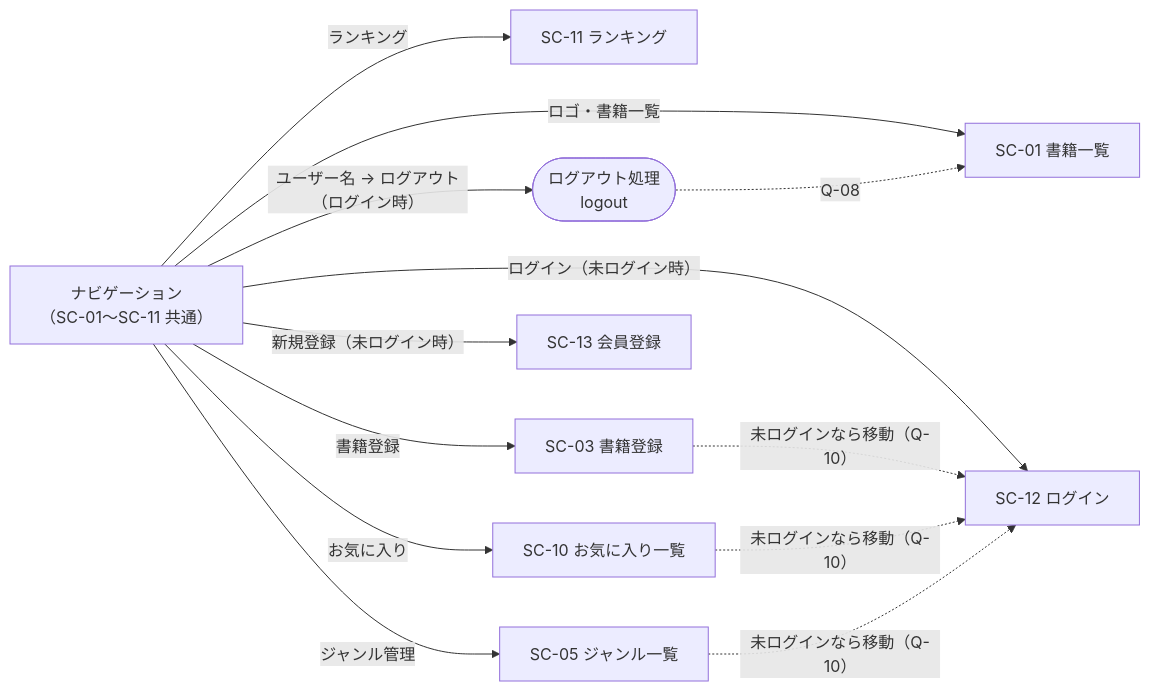
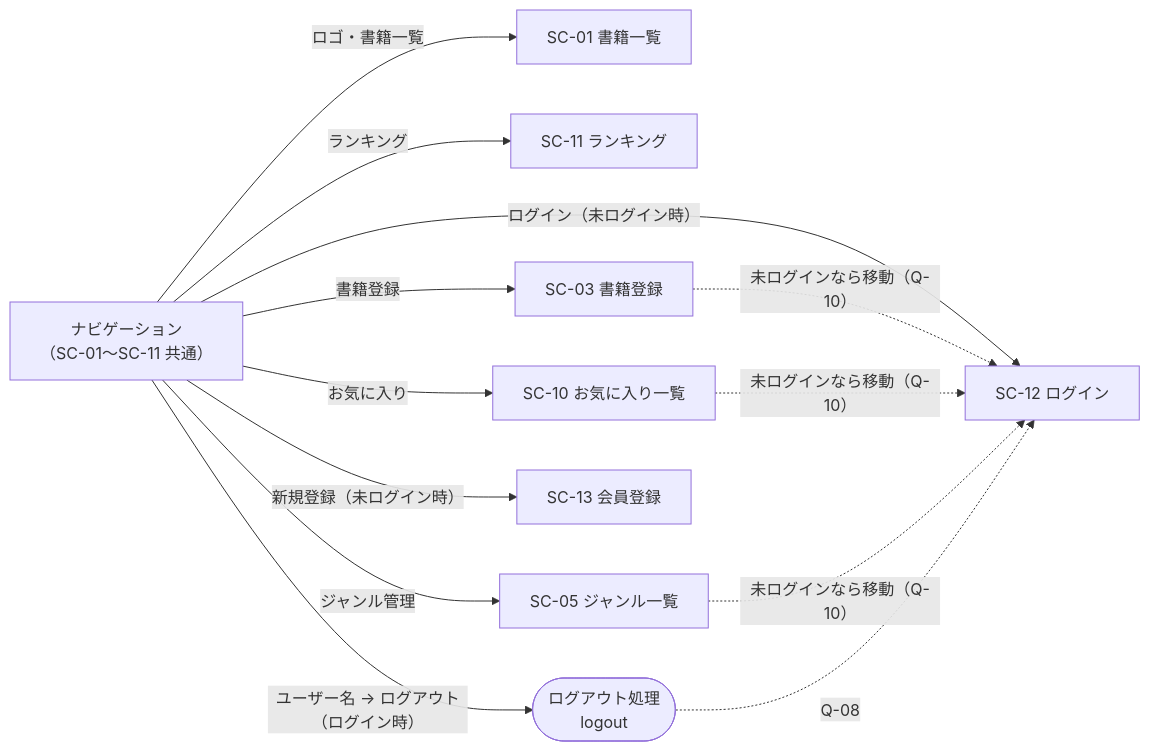
The first of 4 diagrams in docs/screen-transitions.md (miyori-knzk/bookshelf-app), drawn with Mermaid before and after one commit. The commit also changed other lines of this file and 14 other files, not shown here.

````diff
--- a/docs/screen-transitions.md
+++ b/docs/screen-transitions.md
@@ -23,25 +23,25 @@
 ```mermaid
 flowchart LR
     NAV["ナビゲーション<br>（SC-01〜SC-11 共通）"]
 
     SC01["SC-01 書籍一覧"]
     SC11["SC-11 ランキング"]
     SC03["SC-03 書籍登録"]
     SC10["SC-10 お気に入り一覧"]
     SC05["SC-05 ジャンル一覧"]
     SC12["SC-12 ログイン"]
     SC13["SC-13 会員登録"]
     LOGOUT(["ログアウト処理<br>logout"])
 
     NAV -->|"ロゴ・書籍一覧"| SC01
     NAV -->|"ランキング"| SC11
     NAV -->|"書籍登録"| SC03
     NAV -->|"お気に入り"| SC10
     NAV -->|"ジャンル管理"| SC05
     NAV -->|"ログイン（未ログイン時）"| SC12
     NAV -->|"新規登録（未ログイン時）"| SC13
     NAV -->|"ユーザー名 → ログアウト（ログイン時）"| LOGOUT
 
     SC03 & SC10 & SC05 -.->|"未ログインなら移動（Q-10）"| SC12
-    LOGOUT -.->|"Q-08"| SC01
+    LOGOUT -.->|"Q-08"| SC12
 ```
````
